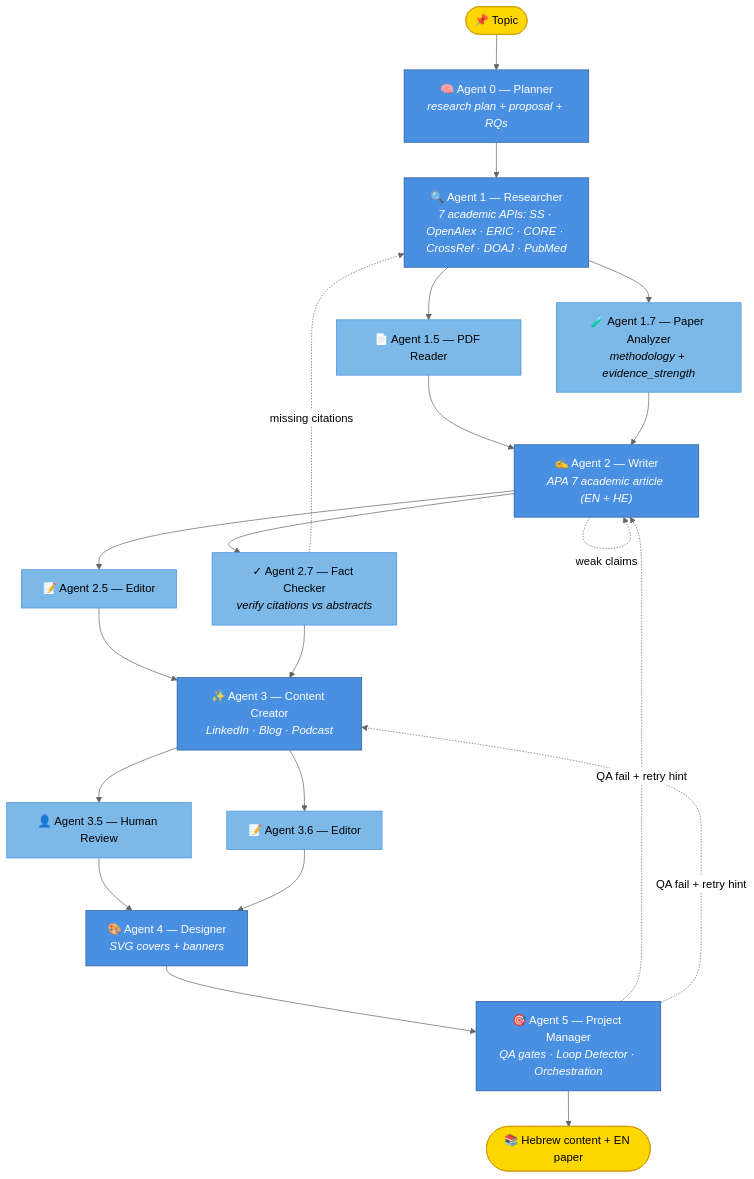
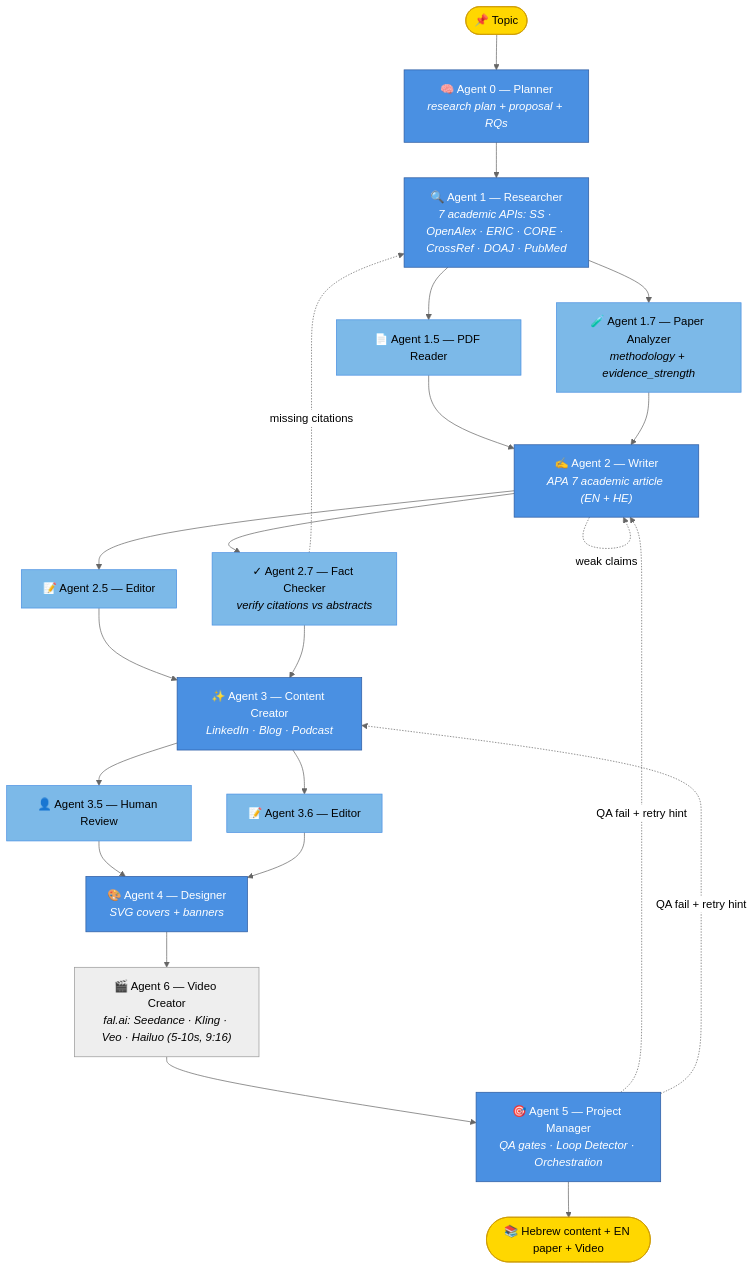
Before and after one commit to pazer30-jpg/education-agents: the diagram in README.md, drawn with Mermaid (neutral theme). The commit also changed other lines of this file and 9 other files, not shown here.

First line of the commit message:
Fix budget cap mid-run kills + content timeout + add Agent 6 (video)

````diff
--- a/README.md
+++ b/README.md
@@ -45,41 +45,43 @@
 ```mermaid
 flowchart TD
     Topic([📌 Topic]) --> A0
 
     A0["🧠 Agent 0 — Planner<br/><i>research plan + proposal + RQs</i>"] --> A1
     A1["🔍 Agent 1 — Researcher<br/><i>7 academic APIs: SS · OpenAlex · ERIC · CORE · CrossRef · DOAJ · PubMed</i>"]
     A1 --> A15["📄 Agent 1.5 — PDF Reader"]
     A1 --> A17["🧪 Agent 1.7 — Paper Analyzer<br/><i>methodology + evidence_strength</i>"]
     A15 --> A2
     A17 --> A2
 
     A2["✍️ Agent 2 — Writer<br/><i>APA 7 academic article (EN + HE)</i>"]
     A2 --> A25["📝 Agent 2.5 — Editor"]
     A2 --> A27["✓ Agent 2.7 — Fact Checker<br/><i>verify citations vs abstracts</i>"]
     A25 --> A3
     A27 --> A3
 
     A3["✨ Agent 3 — Content Creator<br/><i>LinkedIn · Blog · Podcast</i>"]
     A3 --> A35["👤 Agent 3.5 — Human Review"]
     A3 --> A36["📝 Agent 3.6 — Editor"]
     A35 --> A4
     A36 --> A4
 
     A4["🎨 Agent 4 — Designer<br/><i>SVG covers + banners</i>"]
-    A4 --> A5
+    A4 --> A6
+    A6["🎬 Agent 6 — Video Creator<br/><i>fal.ai: Seedance · Kling · Veo · Hailuo (5-10s, 9:16)</i>"]
+    A6 --> A5
 
-    A5["🎯 Agent 5 — Project Manager<br/><i>QA gates · Loop Detector · Orchestration</i>"] --> Output([📚 Hebrew content + EN paper])
+    A5["🎯 Agent 5 — Project Manager<br/><i>QA gates · Loop Detector · Orchestration</i>"] --> Output([📚 Hebrew content + EN paper + Video])
 
     %% Reciprocal feedback channels
     A27 -.->|"missing citations"| A1
     A2 -.->|"weak claims"| A2
     A5 -.->|"QA fail + retry hint"| A2
     A5 -.->|"QA fail + retry hint"| A3
 
     classDef agent fill:#4a90e2,stroke:#2c5aa0,color:#fff
     classDef sub fill:#7cb9e8,stroke:#4a90e2,color:#000
     classDef io fill:#ffd700,stroke:#cc9900,color:#000
     class A0,A1,A2,A3,A4,A5 agent
     class A15,A17,A25,A27,A35,A36 sub
     class Topic,Output io
 ```
````
